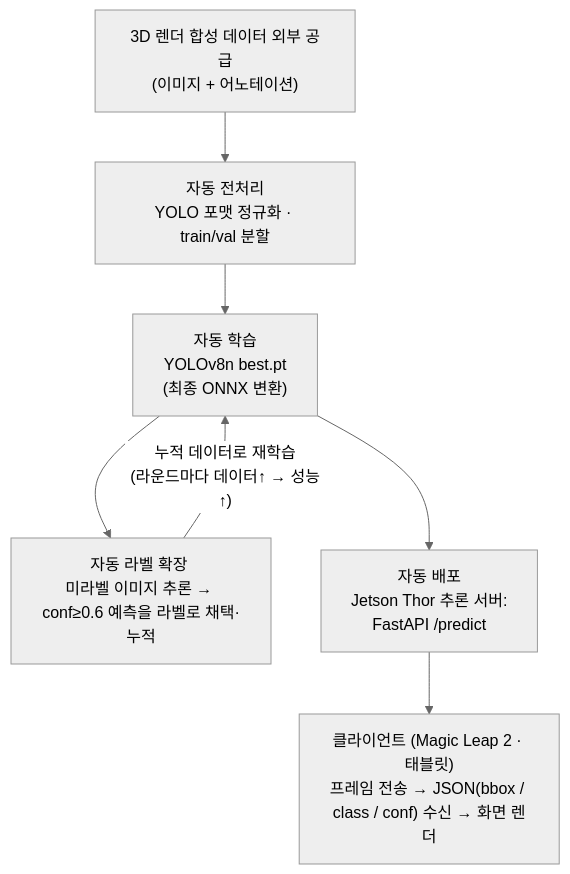
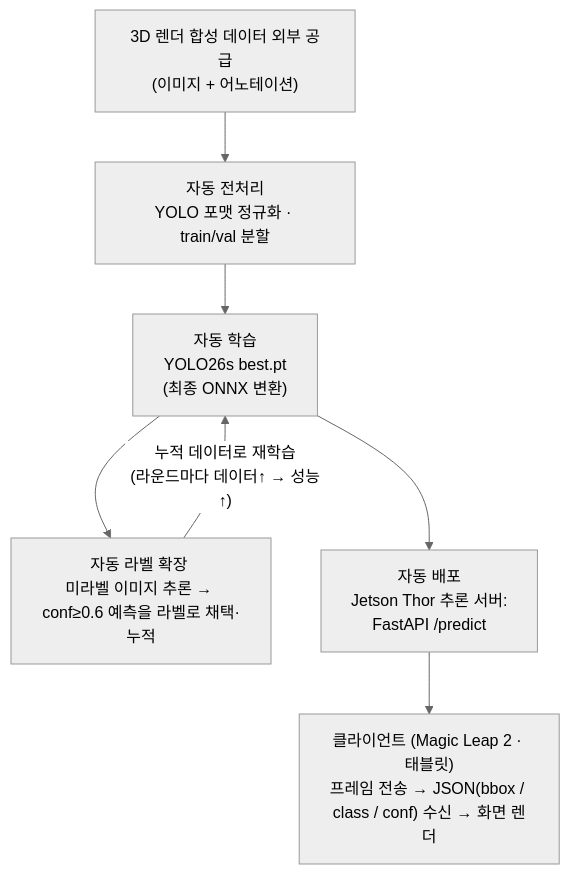
Before and after one commit to ev1025/auto_annotation_learning: the diagram in README.md, drawn with Mermaid (neutral theme). The commit also changed other lines of this file and 1 other file, not shown here.

First line of the commit message:
feat: 배포 모델 YOLO26s@640 확정

````diff
--- a/README.md
+++ b/README.md
@@ -31,13 +31,13 @@
 ```mermaid
 flowchart TD
     A["3D 렌더 합성 데이터 외부 공급<br/>(이미지 + 어노테이션)"]
     B["자동 전처리<br/>YOLO 포맷 정규화 · train/val 분할"]
-    C["자동 학습<br/>YOLOv8n best.pt <br/>(최종 ONNX 변환)"]
+    C["자동 학습<br/>YOLO26s best.pt <br/>(최종 ONNX 변환)"]
     D["자동 라벨 확장 <br/>미라벨 이미지 추론 → conf≥0.6 예측을 라벨로 채택·누적"]
     E["자동 배포 <br/>Jetson Thor 추론 서버: <br/>FastAPI /predict"]
     F["클라이언트 (Magic Leap 2 · 태블릿)<br/>프레임 전송 → JSON(bbox / class / conf) 수신 → 화면 렌더"]
 
     A --> B --> C --> D
     D -- "누적 데이터로 재학습<br/>(라운드마다 데이터↑ → 성능↑)" --> C
     C --> E --> F
 ```
````
